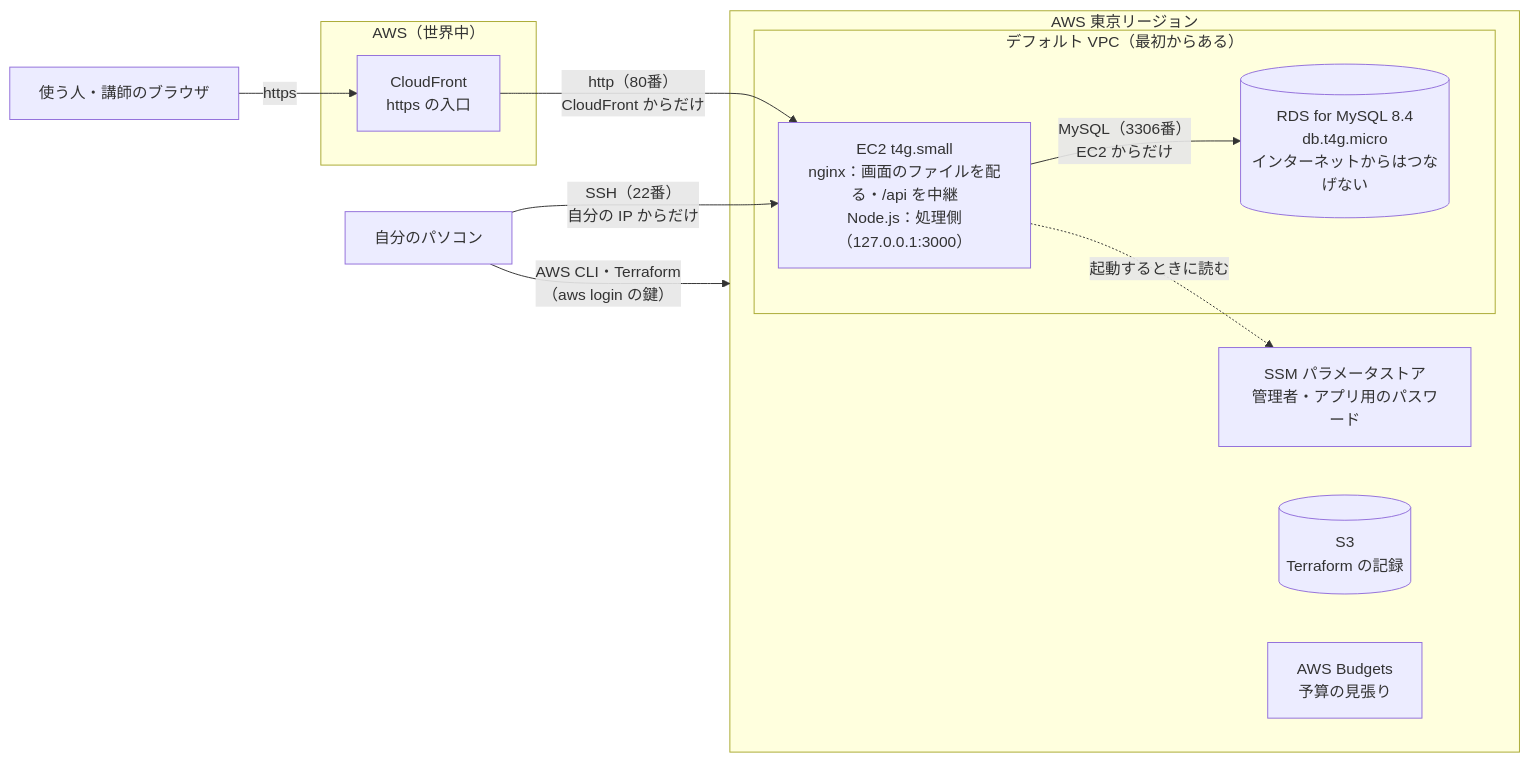
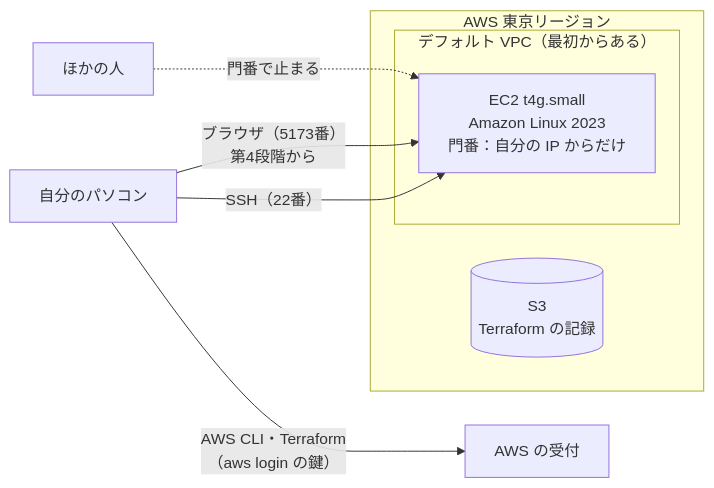
Before and after one commit to junji-sakamoto/kakeibo-app: the diagram in docs/02_設計/07_構成設計書.md, drawn with Mermaid. The commit also changed other lines of this file and 16 other files, not shown here.

````diff
--- a/docs/02_設計/07_構成設計書.md
+++ b/docs/02_設計/07_構成設計書.md
@@ -54,25 +56,15 @@
 ```mermaid
 flowchart LR
-  viewer["使う人・講師のブラウザ"] -->|"https"| cf
-
-  subgraph global["AWS（世界中）"]
-    cf["CloudFront<br/>https の入口"]
-  end
+  pc["自分のパソコン"] -->|"SSH（22番）"| ec2
+  pc -->|"ブラウザ（5173番）<br/>第4段階から"| ec2
+  pc -->|"AWS CLI・Terraform<br/>（aws login の鍵）"| api["AWS の受付"]
 
   subgraph tokyo["AWS 東京リージョン"]
     subgraph vpc["デフォルト VPC（最初からある）"]
-      ec2["EC2 t4g.small<br/>nginx：画面のファイルを配る・/api を中継<br/>Node.js：処理側（127.0.0.1:3000）"]
-      rds[("RDS for MySQL 8.4<br/>db.t4g.micro<br/>インターネットからはつなげない")]
+      ec2["EC2 t4g.small<br/>Amazon Linux 2023<br/>門番：自分の IP からだけ"]
     end
-    ssm["SSM パラメータストア<br/>管理者・アプリ用のパスワード"]
     s3[("S3<br/>Terraform の記録")]
-    budget["AWS Budgets<br/>予算の見張り"]
   end
 
-  cf -->|"http（80番）<br/>CloudFront からだけ"| ec2
-  ec2 -->|"MySQL（3306番）<br/>EC2 からだけ"| rds
-  ec2 -.->|"起動するときに読む"| ssm
-
-  pc["自分のパソコン"] -->|"SSH（22番）<br/>自分の IP からだけ"| ec2
-  pc -->|"AWS CLI・Terraform<br/>（aws login の鍵）"| tokyo
+  other["ほかの人"] -.->|"門番で止まる"| ec2
 ```
````
